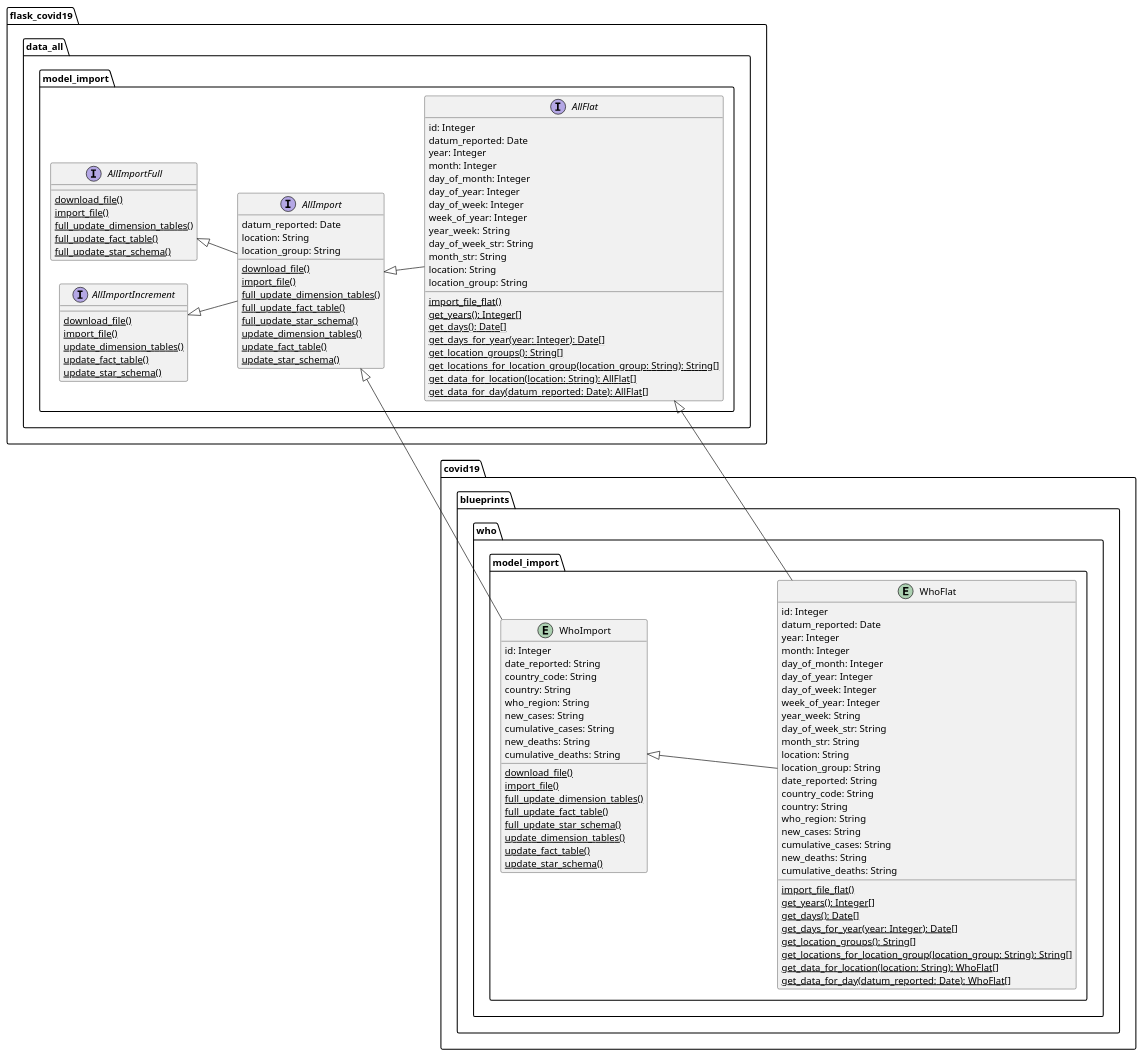
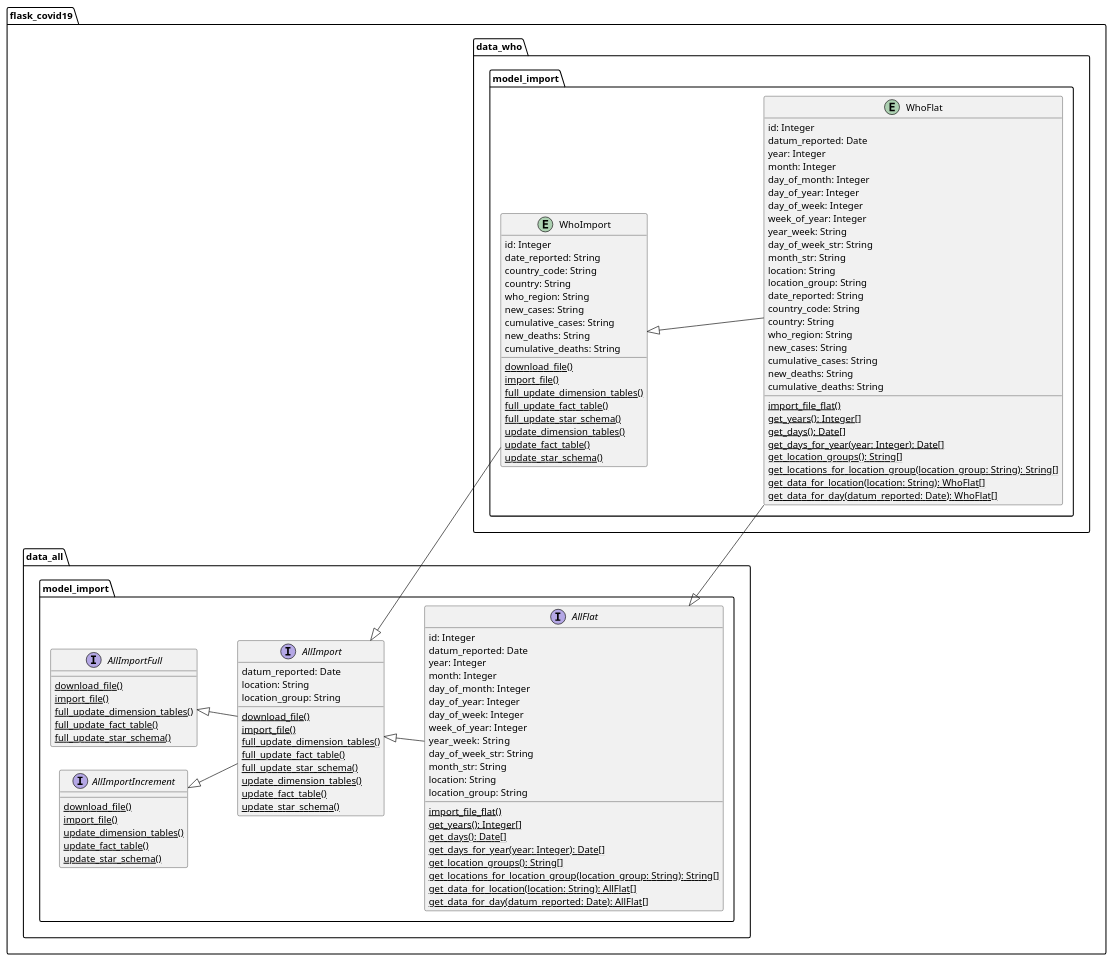
Before and after one commit to thomaswoehlke/flask_covid19: the diagram in docs/blueprints/data_who/uml/who_domain_model_import.puml, drawn with PlantUML. The commit also changed 19 other files, not shown here.

```diff
--- a/docs/blueprints/data_who/uml/who_domain_model_import.puml
+++ b/docs/blueprints/data_who/uml/who_domain_model_import.puml
@@ -1,126 +1,126 @@
 @startuml
 left to right direction
 
 package flask_covid19.data_all.model_import {
 
 	interface AllImportFull {
 		{classifier} download_file()
 		{classifier} import_file()
 		{classifier} full_update_dimension_tables()
 		{classifier} full_update_fact_table()
 		{classifier} full_update_star_schema()
 	}
 
 	interface AllImportIncrement {
 		{classifier} download_file()
 		{classifier} import_file()
 		{classifier} update_dimension_tables()
 		{classifier} update_fact_table()
 		{classifier} update_star_schema()
 	}
 
 	interface AllImport {
 	    datum_reported: Date
 		location: String
 		location_group: String
 		{classifier} download_file()
 		{classifier} import_file()
 		{classifier} full_update_dimension_tables()
 		{classifier} full_update_fact_table()
 		{classifier} full_update_star_schema()
 		{classifier} update_dimension_tables()
 		{classifier} update_fact_table()
 		{classifier} update_star_schema()
 	}
 
 	interface AllFlat {
 	    id: Integer
 	    datum_reported: Date
 	    year: Integer
 	    month: Integer
 	    day_of_month: Integer
 		day_of_year: Integer
 	    day_of_week: Integer
 	    week_of_year: Integer
 	    year_week:  String
 	    day_of_week_str: String
 		month_str: String
 		location: String
 		location_group: String
 		{classifier} import_file_flat()
 		{classifier} get_years(): Integer[]
 		{classifier} get_days(): Date[]
 		{classifier} get_days_for_year(year: Integer): Date[]
 		{classifier} get_location_groups(): String[]
 		{classifier} get_locations_for_location_group(location_group: String): String[]
 		{classifier} get_data_for_location(location: String): AllFlat[]
 		{classifier} get_data_for_day(datum_reported: Date): AllFlat[]
 	}
 }
 
-package covid19.blueprints.who.model_import {
+package flask_covid19.data_who.model_import {
 
 	entity WhoImport {
 	    id: Integer
 	    date_reported: String
 	    country_code: String
 	    country: String
 	    who_region: String
 	    new_cases: String
 	    cumulative_cases: String
 	    new_deaths: String
 	    cumulative_deaths: String
 		{classifier} download_file()
 		{classifier} import_file()
 		{classifier} full_update_dimension_tables()
 		{classifier} full_update_fact_table()
 		{classifier} full_update_star_schema()
 		{classifier} update_dimension_tables()
 		{classifier} update_fact_table()
 		{classifier} update_star_schema()
 	}
 
 	entity WhoFlat {
 	    id: Integer
 	    datum_reported: Date
 	    year: Integer
 	    month: Integer
 	    day_of_month: Integer
 		day_of_year: Integer
 	    day_of_week: Integer
 	    week_of_year: Integer
 	    year_week: String
 	    day_of_week_str: String
 		month_str: String
 		location: String
 		location_group: String
 	    date_reported: String
 	    country_code: String
 	    country: String
 	    who_region: String
 	    new_cases: String
 	    cumulative_cases: String
 	    new_deaths: String
 	    cumulative_deaths: String
 		{classifier} import_file_flat()
 		{classifier} get_years(): Integer[]
 		{classifier} get_days(): Date[]
 		{classifier} get_days_for_year(year: Integer): Date[]
 		{classifier} get_location_groups(): String[]
 		{classifier} get_locations_for_location_group(location_group: String): String[]
 		{classifier} get_data_for_location(location: String): WhoFlat[]
 		{classifier} get_data_for_day(datum_reported: Date): WhoFlat[]
 	}
 
 }
 
 AllImportFull <|-- AllImport
 AllImportIncrement <|-- AllImport
 AllImport <|-- AllFlat
 
 AllImport <|-- WhoImport
 AllFlat <|-- WhoFlat
 
 WhoImport <|-- WhoFlat
 
 @enduml
```
